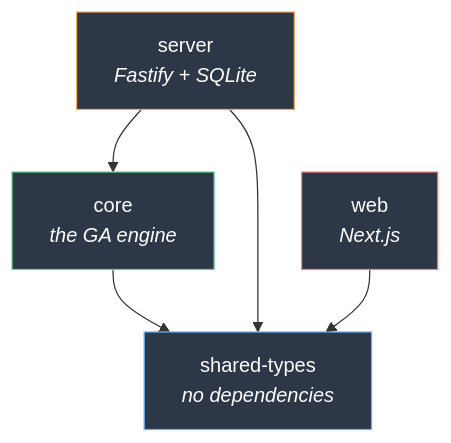
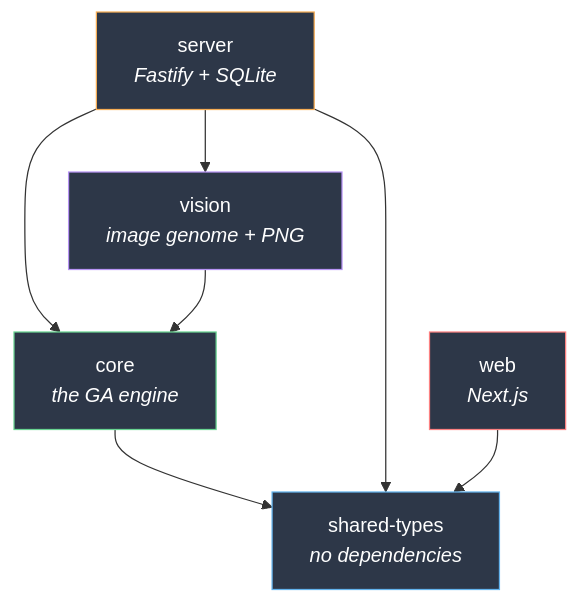
One commit to cwdcwd/genebaer changed the first of 5 diagrams in docs/architecture.md. Above: the diagram before and after it, drawn with Mermaid. The commit also changed other lines of this file and 1 other file, not shown here.

First line of the commit message:
Document externalized evaluation in the architecture doc (genebaer-pyg.10)

````diff
--- a/docs/architecture.md
+++ b/docs/architecture.md
@@ -26,17 +27,21 @@
 ```mermaid
 graph TD
     ST["shared-types<br/><i>no dependencies</i>"]
     CORE["core<br/><i>the GA engine</i>"]
     SRV["server<br/><i>Fastify + SQLite</i>"]
     WEB["web<br/><i>Next.js</i>"]
+    VIS["vision<br/><i>image genome + PNG</i>"]
 
     CORE --> ST
     SRV --> CORE
     SRV --> ST
+    SRV --> VIS
+    VIS --> CORE
     WEB --> ST
 
     style ST fill:#2d3748,stroke:#63b3ed,color:#fff
     style CORE fill:#2d3748,stroke:#68d391,color:#fff
     style SRV fill:#2d3748,stroke:#f6ad55,color:#fff
     style WEB fill:#2d3748,stroke:#fc8181,color:#fff
+    style VIS fill:#2d3748,stroke:#b794f4,color:#fff
 ```
````
